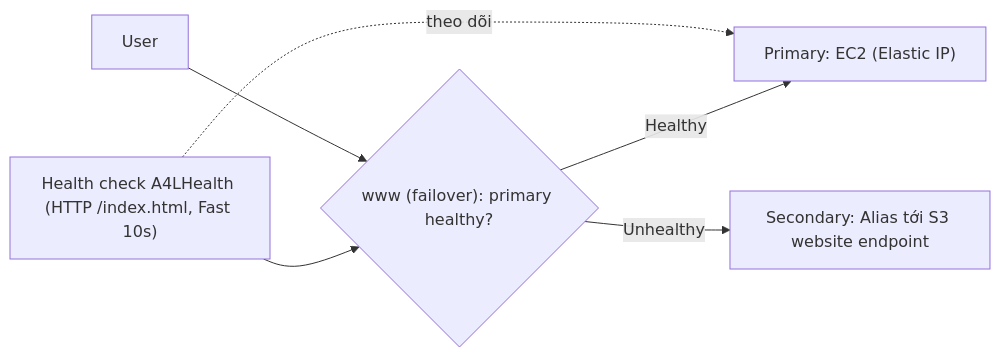
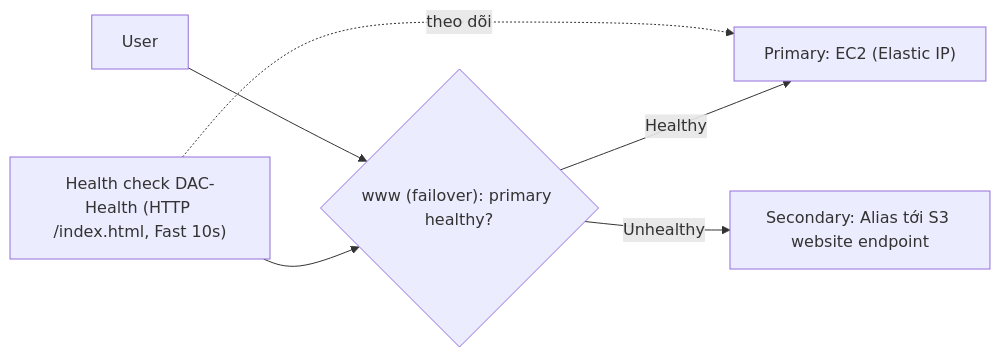
One commit to hairbui76/aws-saa-c03 changed the diagram in data/10 Route 53/R53 Failover Routing.md. Above: the diagram before and after it, drawn with Mermaid. The commit also changed other lines of this file and 28 other files, not shown here.

````diff
--- a/data/10 Route 53/R53 Failover Routing.md
+++ b/data/10 Route 53/R53 Failover Routing.md
@@ -27,8 +28,8 @@
 ```mermaid
 flowchart LR
     U["User"] --> R53{"www (failover): primary healthy?"}
-    HC["Health check A4LHealth (HTTP /index.html, Fast 10s)"] -. "theo dõi" .-> EC2
+    HC["Health check DAC-Health (HTTP /index.html, Fast 10s)"] -. "theo dõi" .-> EC2
     HC --> R53
     R53 -- "Healthy" --> EC2["Primary: EC2 (Elastic IP)"]
     R53 -- "Unhealthy" --> S3["Secondary: Alias tới S3 website endpoint"]
 ```
````
